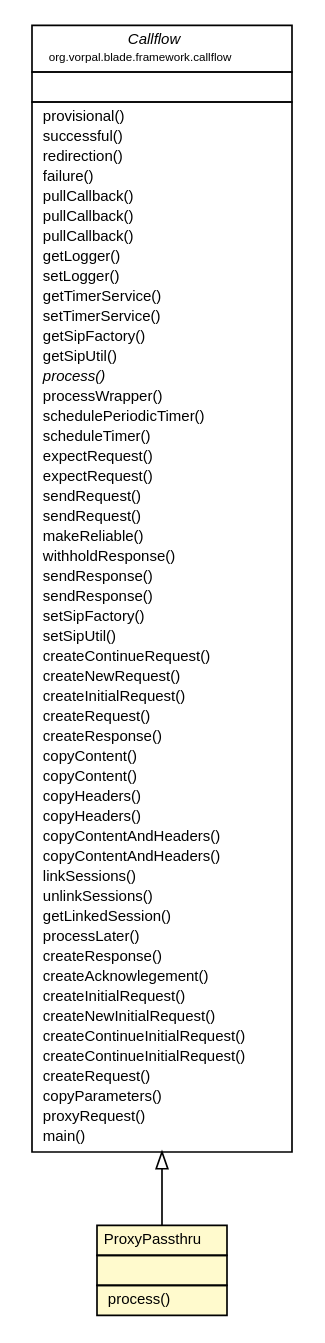
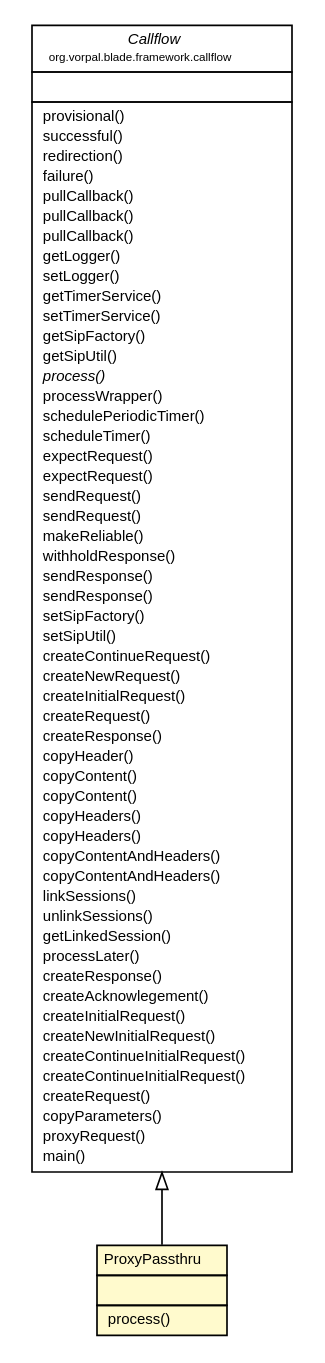
The diagram in blade/vorpal-blade-library-framework/org/vorpal/blade/framework/deprecated/proxy/ProxyPassthru.dot (vorpalnet/vorpalnet.github.io), drawn with Graphviz before and after one commit. The commit also changed 915 other files, not shown here.

```diff
--- a/blade/vorpal-blade-library-framework/org/vorpal/blade/framework/deprecated/proxy/ProxyPassthru.dot
+++ b/blade/vorpal-blade-library-framework/org/vorpal/blade/framework/deprecated/proxy/ProxyPassthru.dot
@@ -1,90 +1,91 @@
 #!/usr/local/bin/dot
 #
 # Class diagram 
 # Generated by UMLGraph version 5.2 (http://www.umlgraph.org/)
 #
 
 digraph G {
 	edge [fontname="Helvetica",fontsize=10,labelfontname="Helvetica",labelfontsize=10];
 	node [fontname="Helvetica",fontsize=10,shape=plaintext];
 	nodesep=0.25;
 	ranksep=0.5;
 	// org.vorpal.blade.framework.callflow.Callflow
-	c3470 [label=<<table title="org.vorpal.blade.framework.callflow.Callflow" border="0" cellborder="1" cellspacing="0" cellpadding="2" port="p" href="../../callflow/Callflow.html">
+	c3521 [label=<<table title="org.vorpal.blade.framework.callflow.Callflow" border="0" cellborder="1" cellspacing="0" cellpadding="2" port="p" href="../../callflow/Callflow.html">
 		<tr><td><table border="0" cellspacing="0" cellpadding="1">
 <tr><td align="center" balign="center"><font face="Helvetica-Oblique"> Callflow </font></td></tr>
 <tr><td align="center" balign="center"><font point-size="7.0"> org.vorpal.blade.framework.callflow </font></td></tr>
 		</table></td></tr>
 		<tr><td><table border="0" cellspacing="0" cellpadding="1">
 <tr><td align="left" balign="left">  </td></tr>
 		</table></td></tr>
 		<tr><td><table border="0" cellspacing="0" cellpadding="1">
 <tr><td align="left" balign="left">  provisional() </td></tr>
 <tr><td align="left" balign="left">  successful() </td></tr>
 <tr><td align="left" balign="left">  redirection() </td></tr>
 <tr><td align="left" balign="left">  failure() </td></tr>
 <tr><td align="left" balign="left">  pullCallback() </td></tr>
 <tr><td align="left" balign="left">  pullCallback() </td></tr>
 <tr><td align="left" balign="left">  pullCallback() </td></tr>
 <tr><td align="left" balign="left">  getLogger() </td></tr>
 <tr><td align="left" balign="left">  setLogger() </td></tr>
 <tr><td align="left" balign="left">  getTimerService() </td></tr>
 <tr><td align="left" balign="left">  setTimerService() </td></tr>
 <tr><td align="left" balign="left">  getSipFactory() </td></tr>
 <tr><td align="left" balign="left">  getSipUtil() </td></tr>
 <tr><td align="left" balign="left"><font face="Helvetica-Oblique" point-size="9.0">  process() </font></td></tr>
 <tr><td align="left" balign="left">  processWrapper() </td></tr>
 <tr><td align="left" balign="left">  schedulePeriodicTimer() </td></tr>
 <tr><td align="left" balign="left">  scheduleTimer() </td></tr>
 <tr><td align="left" balign="left">  expectRequest() </td></tr>
 <tr><td align="left" balign="left">  expectRequest() </td></tr>
 <tr><td align="left" balign="left">  sendRequest() </td></tr>
 <tr><td align="left" balign="left">  sendRequest() </td></tr>
 <tr><td align="left" balign="left">  makeReliable() </td></tr>
 <tr><td align="left" balign="left">  withholdResponse() </td></tr>
 <tr><td align="left" balign="left">  sendResponse() </td></tr>
 <tr><td align="left" balign="left">  sendResponse() </td></tr>
 <tr><td align="left" balign="left">  setSipFactory() </td></tr>
 <tr><td align="left" balign="left">  setSipUtil() </td></tr>
 <tr><td align="left" balign="left">  createContinueRequest() </td></tr>
 <tr><td align="left" balign="left">  createNewRequest() </td></tr>
 <tr><td align="left" balign="left">  createInitialRequest() </td></tr>
 <tr><td align="left" balign="left">  createRequest() </td></tr>
 <tr><td align="left" balign="left">  createResponse() </td></tr>
+<tr><td align="left" balign="left">  copyHeader() </td></tr>
 <tr><td align="left" balign="left">  copyContent() </td></tr>
 <tr><td align="left" balign="left">  copyContent() </td></tr>
 <tr><td align="left" balign="left">  copyHeaders() </td></tr>
 <tr><td align="left" balign="left">  copyHeaders() </td></tr>
 <tr><td align="left" balign="left">  copyContentAndHeaders() </td></tr>
 <tr><td align="left" balign="left">  copyContentAndHeaders() </td></tr>
 <tr><td align="left" balign="left">  linkSessions() </td></tr>
 <tr><td align="left" balign="left">  unlinkSessions() </td></tr>
 <tr><td align="left" balign="left">  getLinkedSession() </td></tr>
 <tr><td align="left" balign="left">  processLater() </td></tr>
 <tr><td align="left" balign="left">  createResponse() </td></tr>
 <tr><td align="left" balign="left">  createAcknowlegement() </td></tr>
 <tr><td align="left" balign="left">  createInitialRequest() </td></tr>
 <tr><td align="left" balign="left">  createNewInitialRequest() </td></tr>
 <tr><td align="left" balign="left">  createContinueInitialRequest() </td></tr>
 <tr><td align="left" balign="left">  createContinueInitialRequest() </td></tr>
 <tr><td align="left" balign="left">  createRequest() </td></tr>
 <tr><td align="left" balign="left">  copyParameters() </td></tr>
 <tr><td align="left" balign="left">  proxyRequest() </td></tr>
 <tr><td align="left" balign="left">  main() </td></tr>
 		</table></td></tr>
 		</table>>, fontname="Helvetica", fontcolor="black", fontsize=9.0];
 	// org.vorpal.blade.framework.deprecated.proxy.ProxyPassthru
-	c3503 [label=<<table title="org.vorpal.blade.framework.deprecated.proxy.ProxyPassthru" border="0" cellborder="1" cellspacing="0" cellpadding="2" port="p" bgcolor="lemonChiffon" href="./ProxyPassthru.html">
+	c3554 [label=<<table title="org.vorpal.blade.framework.deprecated.proxy.ProxyPassthru" border="0" cellborder="1" cellspacing="0" cellpadding="2" port="p" bgcolor="lemonChiffon" href="./ProxyPassthru.html">
 		<tr><td><table border="0" cellspacing="0" cellpadding="1">
 <tr><td align="center" balign="center"> ProxyPassthru </td></tr>
 		</table></td></tr>
 		<tr><td><table border="0" cellspacing="0" cellpadding="1">
 <tr><td align="left" balign="left">  </td></tr>
 		</table></td></tr>
 		<tr><td><table border="0" cellspacing="0" cellpadding="1">
 <tr><td align="left" balign="left">  process() </td></tr>
 		</table></td></tr>
 		</table>>, fontname="Helvetica", fontcolor="black", fontsize=9.0];
 	//org.vorpal.blade.framework.deprecated.proxy.ProxyPassthru extends org.vorpal.blade.framework.callflow.Callflow
-	c3470:p -> c3503:p [dir=back,arrowtail=empty];
+	c3521:p -> c3554:p [dir=back,arrowtail=empty];
 }
```
